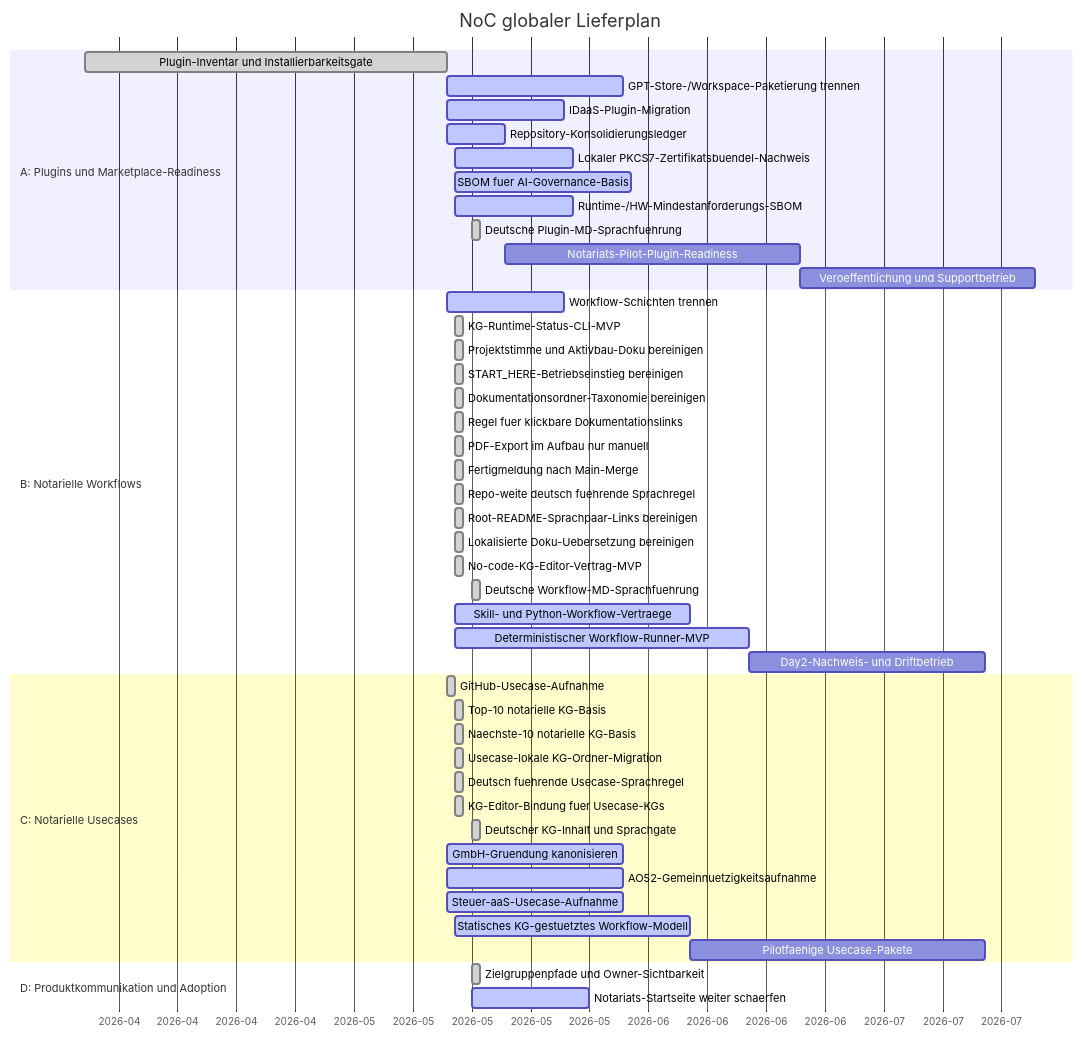
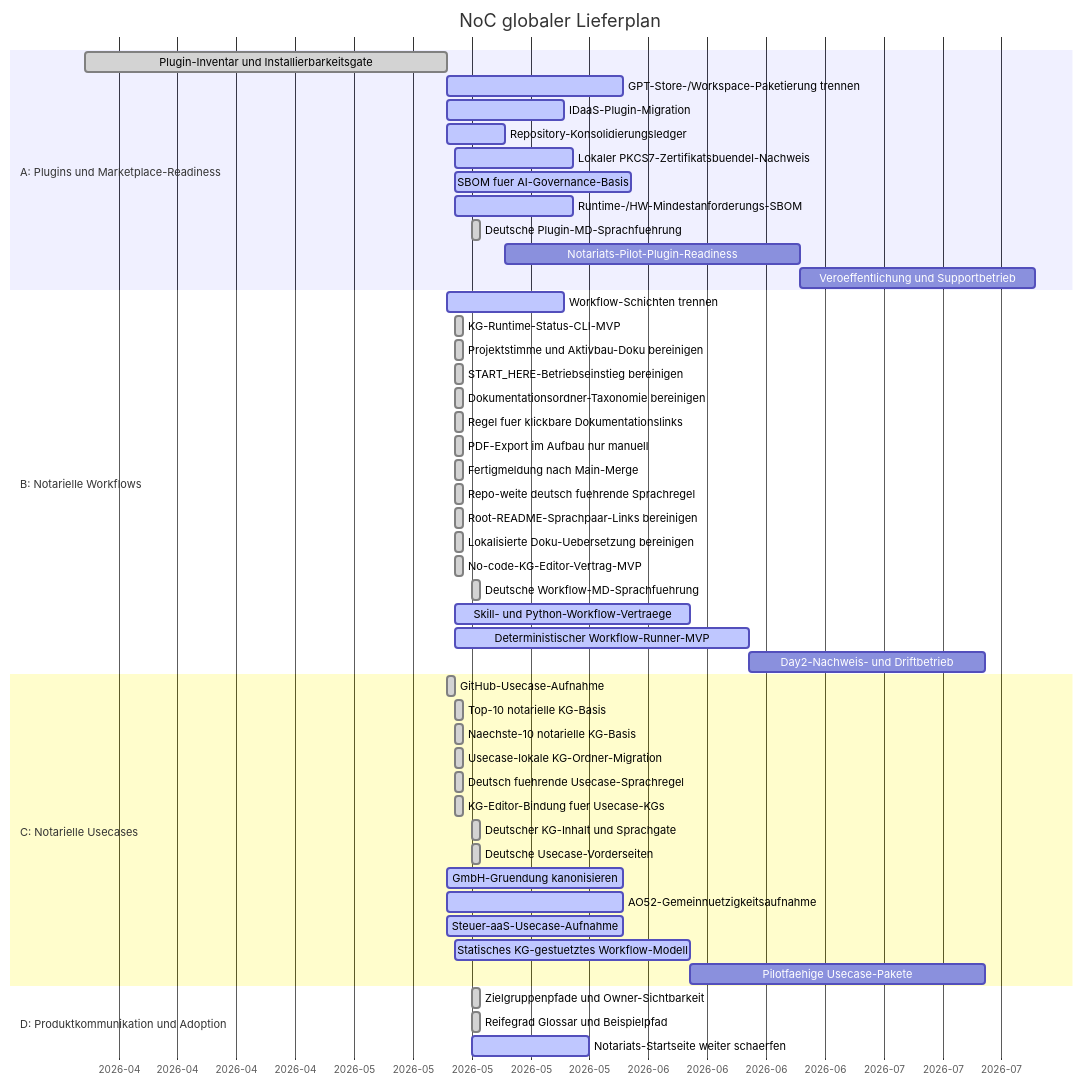
Before and after one commit to notariat8/NaC: the diagram in roadmap/GANTT.md, drawn with Mermaid. The commit also changed other lines of this file and 45 other files, not shown here.

````diff
--- a/roadmap/GANTT.md
+++ b/roadmap/GANTT.md
@@ -13,54 +13,56 @@
 ```mermaid
 gantt
     title NoC globaler Lieferplan
     dateFormat  YYYY-MM-DD
     axisFormat  %Y-%m
 
     section A: Plugins und Marketplace-Readiness
     Plugin-Inventar und Installierbarkeitsgate   :done,    a1, 2026-04-01, 2026-05-14
     GPT-Store-/Workspace-Paketierung trennen     :active,  a2, 2026-05-14, 21d
     IDaaS-Plugin-Migration                       :active,  a3, 2026-05-14, 14d
     Repository-Konsolidierungsledger             :active,  a4, 2026-05-14, 7d
     Lokaler PKCS7-Zertifikatsbuendel-Nachweis    :active,  a4a, 2026-05-15, 14d
     SBOM fuer AI-Governance-Basis                :active,  a4b, 2026-05-15, 21d
     Runtime-/HW-Mindestanforderungs-SBOM         :active,  a4c, 2026-05-15, 14d
     Deutsche Plugin-MD-Sprachfuehrung            :done,    a4d, 2026-05-17, 1d
     Notariats-Pilot-Plugin-Readiness             :         a5, after a4, 35d
     Veroeffentlichung und Supportbetrieb         :         a6, after a5, 28d
 
     section B: Notarielle Workflows
     Workflow-Schichten trennen                   :active,  b1, 2026-05-14, 14d
     KG-Runtime-Status-CLI-MVP                    :done,    b1a, 2026-05-15, 1d
     Projektstimme und Aktivbau-Doku bereinigen   :done,    b1b, 2026-05-15, 1d
     START_HERE-Betriebseinstieg bereinigen       :done,    b1c, 2026-05-15, 1d
     Dokumentationsordner-Taxonomie bereinigen    :done,    b1d, 2026-05-15, 1d
     Regel fuer klickbare Dokumentationslinks     :done,    b1e, 2026-05-15, 1d
     PDF-Export im Aufbau nur manuell             :done,    b1f, 2026-05-15, 1d
     Fertigmeldung nach Main-Merge                :done,    b1g, 2026-05-15, 1d
     Repo-weite deutsch fuehrende Sprachregel     :done,    b1h, 2026-05-15, 1d
     Root-README-Sprachpaar-Links bereinigen      :done,    b1i, 2026-05-15, 1d
     Lokalisierte Doku-Uebersetzung bereinigen    :done,    b1j, 2026-05-15, 1d
     No-code-KG-Editor-Vertrag-MVP                :done,    b1k, 2026-05-15, 1d
     Deutsche Workflow-MD-Sprachfuehrung          :done,    b1l, 2026-05-17, 1d
     Skill- und Python-Workflow-Vertraege         :active,  b2, 2026-05-15, 28d
     Deterministischer Workflow-Runner-MVP        :active,  b3, 2026-05-15, 35d
     Day2-Nachweis- und Driftbetrieb              :         b4, after b3, 28d
 
     section C: Notarielle Usecases
     GitHub-Usecase-Aufnahme                      :done,    c1, 2026-05-14, 1d
     Top-10 notarielle KG-Basis                   :done,    c2, 2026-05-15, 1d
     Naechste-10 notarielle KG-Basis              :done,    c3, 2026-05-15, 1d
     Usecase-lokale KG-Ordner-Migration           :done,    c3a, 2026-05-15, 1d
     Deutsch fuehrende Usecase-Sprachregel        :done,    c3b, 2026-05-15, 1d
     KG-Editor-Bindung fuer Usecase-KGs           :done,    c3c, 2026-05-15, 1d
     Deutscher KG-Inhalt und Sprachgate           :done,    c3d, 2026-05-17, 1d
+    Deutsche Usecase-Vorderseiten                :done,    c3e, 2026-05-17, 1d
     GmbH-Gruendung kanonisieren                  :active,  c4, 2026-05-14, 21d
     AO52-Gemeinnuetzigkeitsaufnahme              :active,  c5, 2026-05-14, 21d
     Steuer-aaS-Usecase-Aufnahme                  :active,  c6, 2026-05-14, 21d
     Statisches KG-gestuetztes Workflow-Modell    :active,  c7, 2026-05-15, 28d
     Pilotfaehige Usecase-Pakete                  :         c8, after c7, 35d
 
     section D: Produktkommunikation und Adoption
     Zielgruppenpfade und Owner-Sichtbarkeit      :done,    d1, 2026-05-17, 1d
+    Reifegrad Glossar und Beispielpfad           :done,    d1a, 2026-05-17, 1d
     Notariats-Startseite weiter schaerfen        :active,  d2, 2026-05-17, 14d
 ```
````
